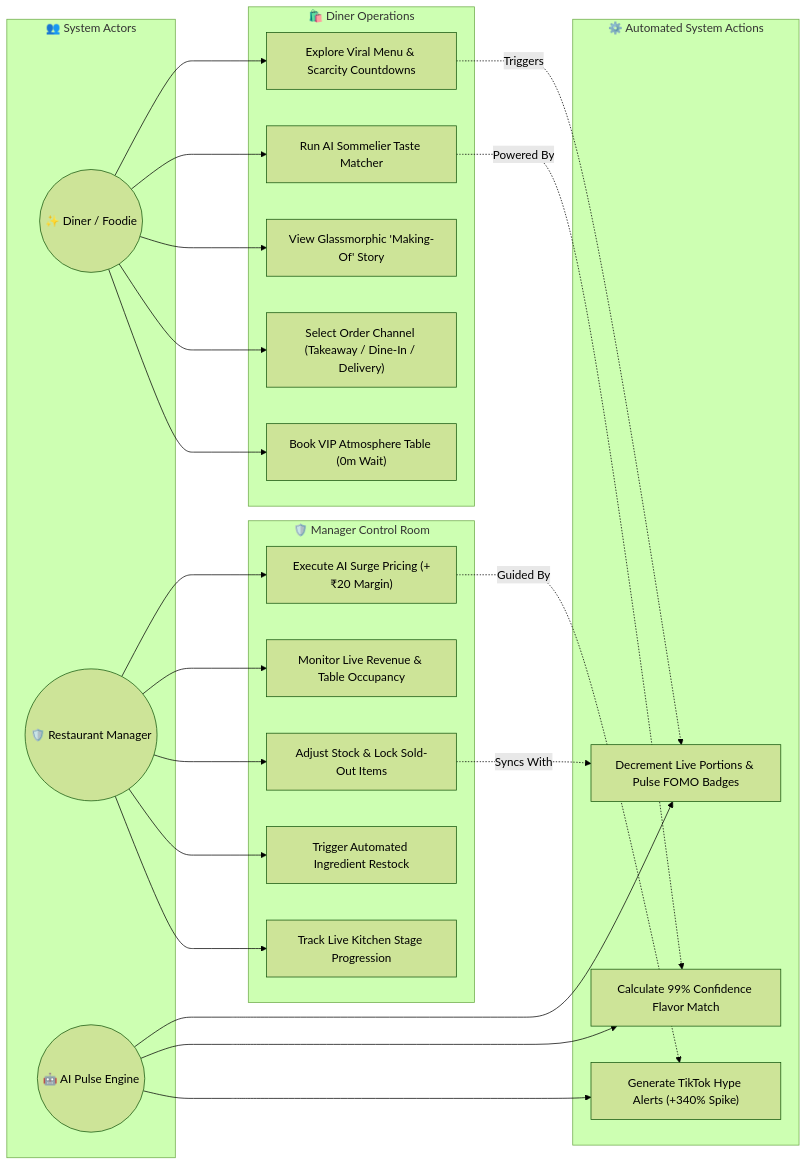
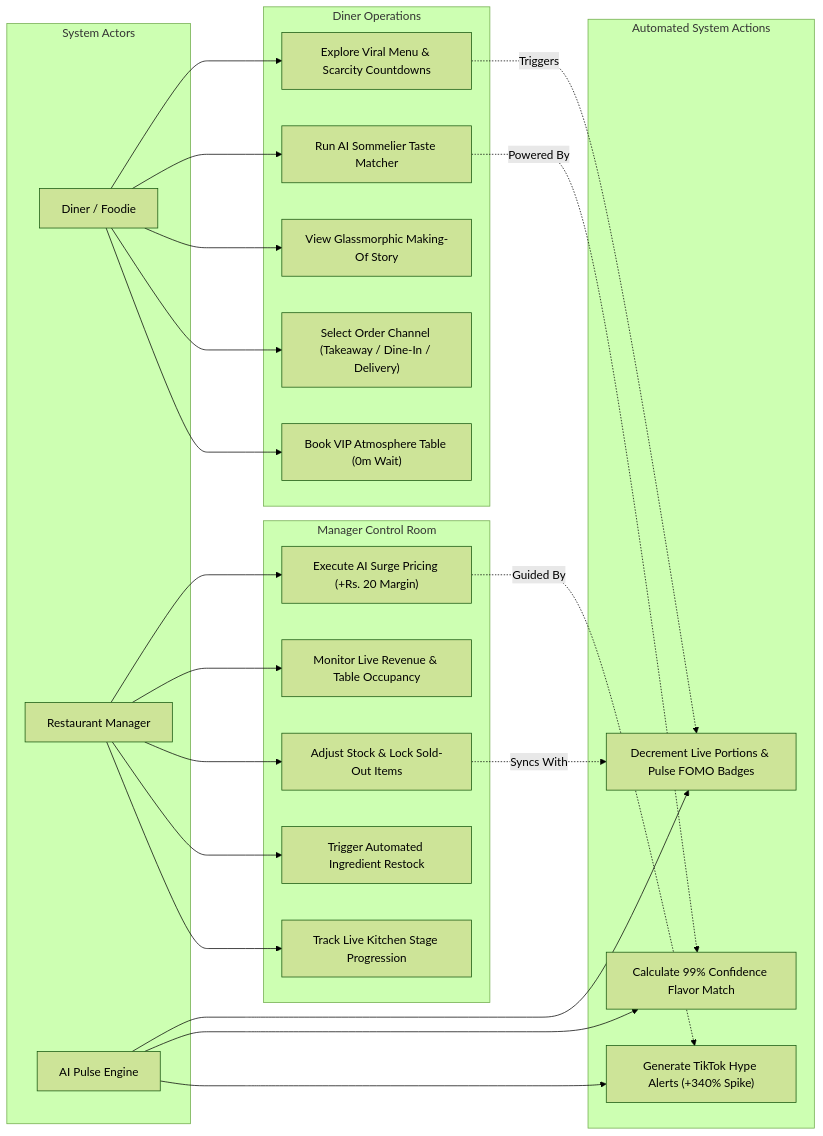
The second of 2 diagrams in README.md (gagan-5757/smart-restaurant), drawn with Mermaid (forest theme) before and after one commit. The commit also changed other lines of this file, not shown here.

Commit message:
Fix Mermaid diagram syntax for GitHub markdown renderer

````diff
--- a/README.md
+++ b/README.md
@@ -114,51 +114,51 @@
 ```mermaid
 flowchart LR
-    subgraph Actors["👥 System Actors"]
-        Diner(("✨ Diner / Foodie"))
-        Manager(("🛡️ Restaurant Manager"))
-        AI(("🤖 AI Pulse Engine"))
+    subgraph Actors [System Actors]
+        Diner["Diner / Foodie"]
+        Manager["Restaurant Manager"]
+        AI["AI Pulse Engine"]
     end
 
-    subgraph DinerUseCases["🛍️ Diner Operations"]
+    subgraph DinerUseCases [Diner Operations]
         UC1["Explore Viral Menu & Scarcity Countdowns"]
         UC2["Run AI Sommelier Taste Matcher"]
-        UC3["View Glassmorphic 'Making-Of' Story"]
+        UC3["View Glassmorphic Making-Of Story"]
         UC4["Select Order Channel (Takeaway / Dine-In / Delivery)"]
         UC5["Book VIP Atmosphere Table (0m Wait)"]
     end
 
-    subgraph ManagerUseCases["🛡️ Manager Control Room"]
-        UC6["Execute AI Surge Pricing (+₹20 Margin)"]
+    subgraph ManagerUseCases [Manager Control Room]
+        UC6["Execute AI Surge Pricing (+Rs. 20 Margin)"]
         UC7["Monitor Live Revenue & Table Occupancy"]
         UC8["Adjust Stock & Lock Sold-Out Items"]
         UC9["Trigger Automated Ingredient Restock"]
         UC10["Track Live Kitchen Stage Progression"]
     end
 
-    subgraph SystemActions["⚙️ Automated System Actions"]
+    subgraph SystemActions [Automated System Actions]
         UC11["Decrement Live Portions & Pulse FOMO Badges"]
         UC12["Calculate 99% Confidence Flavor Match"]
         UC13["Generate TikTok Hype Alerts (+340% Spike)"]
     end
 
     Diner ---> UC1
     Diner ---> UC2
     Diner ---> UC3
     Diner ---> UC4
     Diner ---> UC5
 
     Manager ---> UC6
     Manager ---> UC7
     Manager ---> UC8
     Manager ---> UC9
     Manager ---> UC10
 
     AI ---> UC11
     AI ---> UC12
     AI ---> UC13
 
     UC1 -.->|Triggers| UC11
     UC2 -.->|Powered By| UC12
     UC6 -.->|Guided By| UC13
     UC8 -.->|Syncs With| UC11
 ```
````
